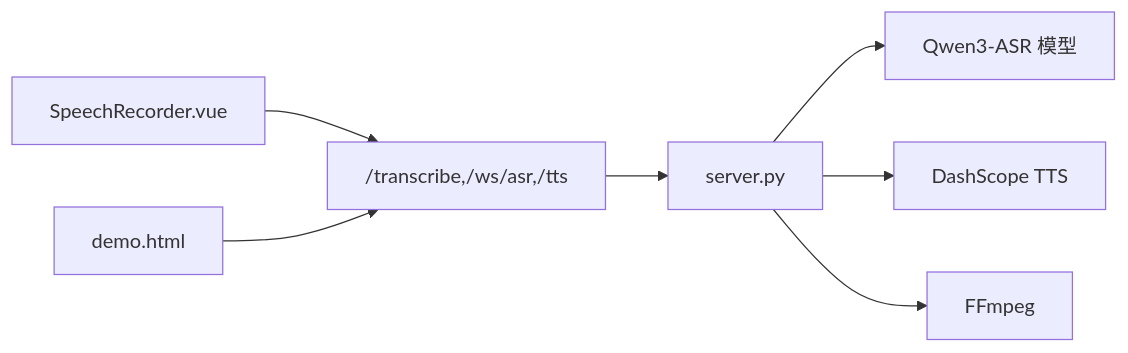
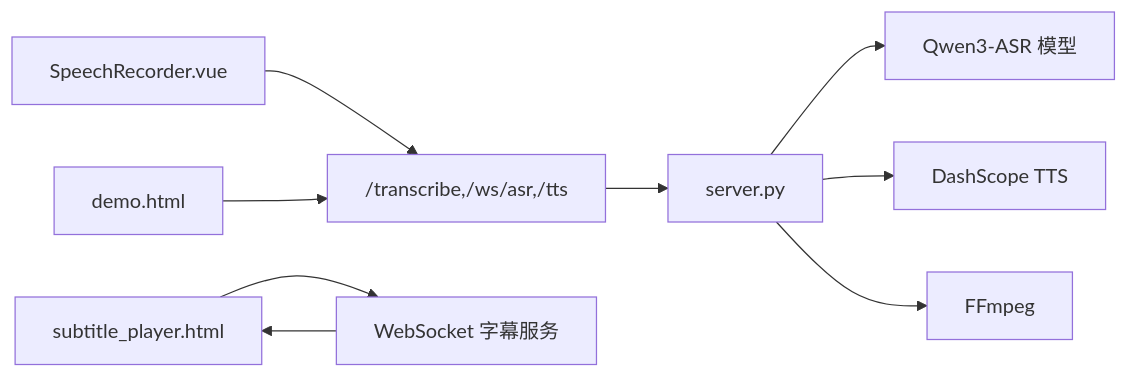
One commit to 1024dashen/Vue3Speech changed the seventh of 7 diagrams in .qoder/repowiki/zh/content/前端组件集成/前端组件集成.md. Above: the diagram before and after it, drawn with Mermaid. The commit also changed other lines of this file and 7 other files, not shown here.

````diff
--- a/.qoder/repowiki/zh/content/前端组件集成/前端组件集成.md
+++ b/.qoder/repowiki/zh/content/前端组件集成/前端组件集成.md
@@ -238,9 +311,11 @@
 ```mermaid
 graph LR
 VUE["SpeechRecorder.vue"] --> API["/transcribe,/ws/asr,/tts"]
+HTML["subtitle_player.html"] --> SUBWS["WebSocket 字幕服务"]
 DEMO["demo.html"] --> API
 API --> SVR["server.py"]
+SUBWS --> HTML
 SVR --> ASR["Qwen3-ASR 模型"]
 SVR --> TTS["DashScope TTS"]
 SVR --> FF["FFmpeg"]
 ```
````
